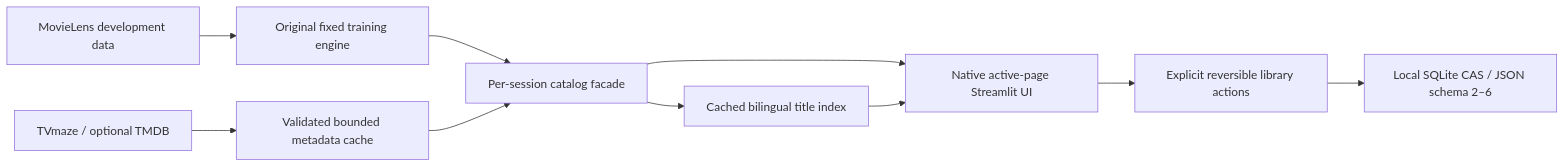
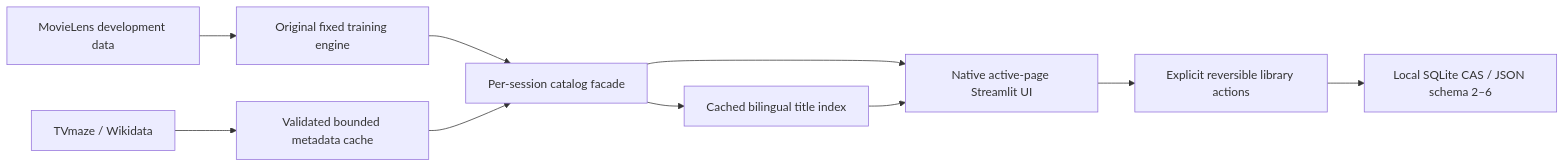
Before and after one commit to Bandoof/CineMatch: the diagram in docs/architecture.md, drawn with Mermaid. The commit also changed other lines of this file and 26 other files, not shown here.

````diff
--- a/docs/architecture.md
+++ b/docs/architecture.md
@@ -56,12 +56,12 @@
 ```mermaid
 flowchart LR
   ML[MovieLens development data] --> Engine[Original fixed training engine]
-  Providers[TVmaze / optional TMDB] --> Cache[Validated bounded metadata cache]
+  Providers[TVmaze / Wikidata] --> Cache[Validated bounded metadata cache]
   Engine --> View[Per-session catalog facade]
   Cache --> View
   View --> UI[Native active-page Streamlit UI]
   View --> Search[Cached bilingual title index]
   Search --> UI
   UI --> State[Explicit reversible library actions]
   State --> SQLite[Local SQLite CAS / JSON schema 2–6]
 ```
````
